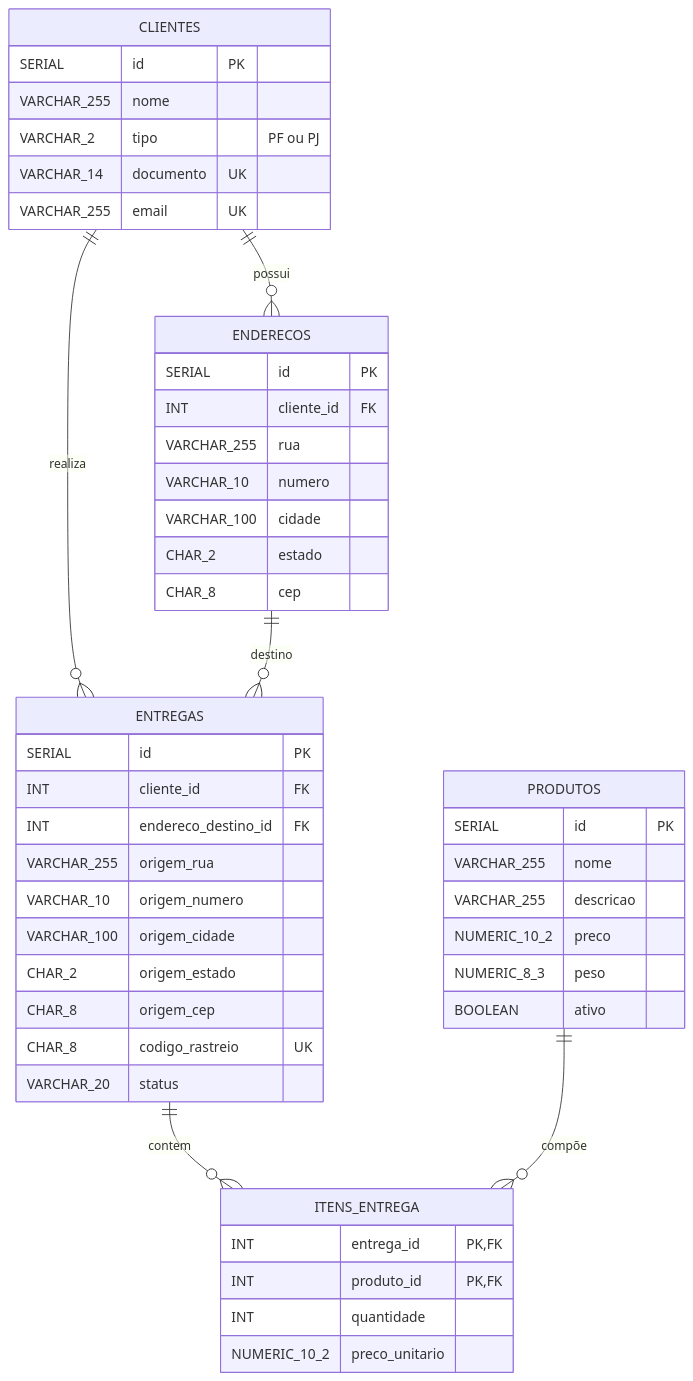
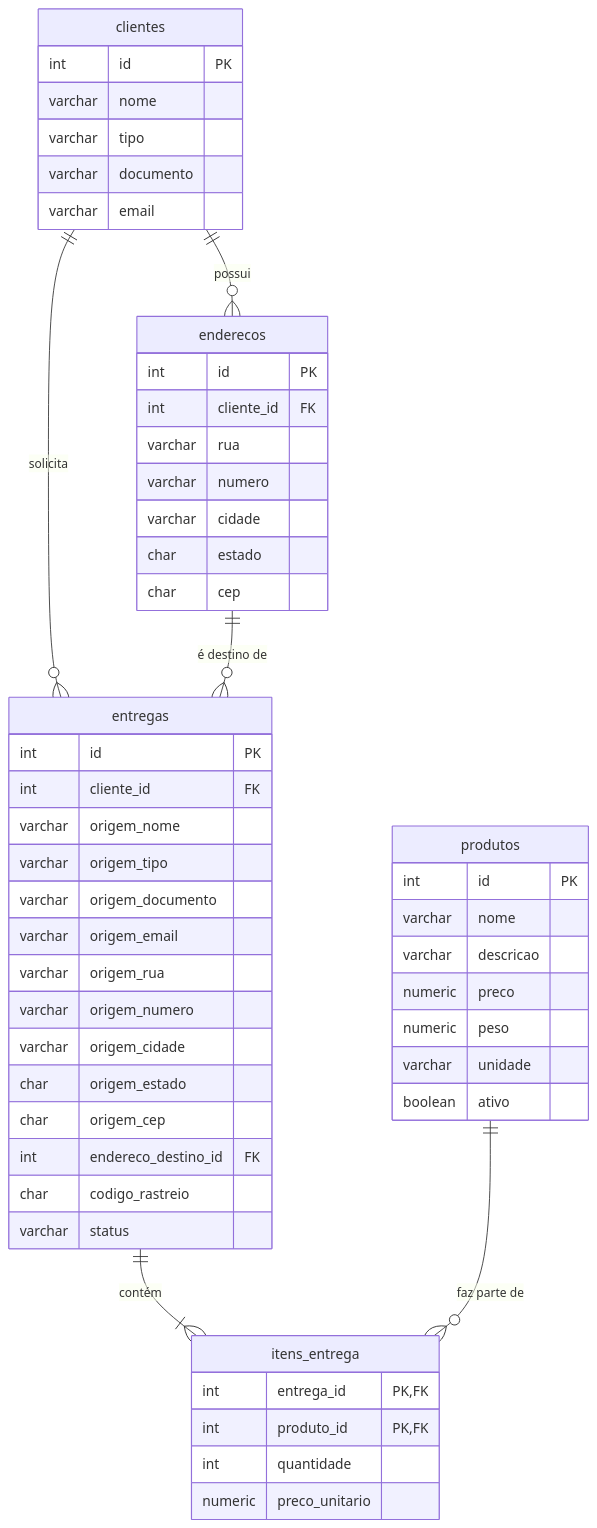
Before and after one commit to DneyDev/desafioJava_GW: the diagram in README.md, drawn with Mermaid. The commit also changed other lines of this file, not shown here.

Commit message:
fix: correção de MERMAID para schema atual

````diff
--- a/README.md
+++ b/README.md
@@ -92,56 +92,56 @@
 ```mermaid
 erDiagram
-
-    CLIENTES {
-        SERIAL id PK
-        VARCHAR_255 nome
-        VARCHAR_2 tipo "PF ou PJ"
-        VARCHAR_14 documento UK
-        VARCHAR_255 email UK
+    clientes {
+        int id PK
+        varchar nome
+        varchar tipo
+        varchar documento
+        varchar email
+    }
+    enderecos {
+        int id PK
+        int cliente_id FK
+        varchar rua
+        varchar numero
+        varchar cidade
+        char estado
+        char cep
+    }
+    produtos {
+        int id PK
+        varchar nome
+        varchar descricao
+        numeric preco
+        numeric peso
+        varchar unidade
+        boolean ativo
+    }
+    entregas {
+        int id PK
+        int cliente_id FK
+        varchar origem_nome
+        varchar origem_tipo
+        varchar origem_documento
+        varchar origem_email
+        varchar origem_rua
+        varchar origem_numero
+        varchar origem_cidade
+        char origem_estado
+        char origem_cep
+        int endereco_destino_id FK
+        char codigo_rastreio
+        varchar status
+    }
+    itens_entrega {
+        int entrega_id PK, FK
+        int produto_id PK, FK
+        int quantidade
+        numeric preco_unitario
     }
 
-    ENDERECOS {
-        SERIAL id PK
-        INT cliente_id FK
-        VARCHAR_255 rua
-        VARCHAR_10 numero
-        VARCHAR_100 cidade
-        CHAR_2 estado
-        CHAR_8 cep
-    }
-
-    PRODUTOS {
-        SERIAL id PK
-        VARCHAR_255 nome
-        VARCHAR_255 descricao
-        NUMERIC_10_2 preco
-        NUMERIC_8_3 peso
-        BOOLEAN ativo
-    }
-
-    ENTREGAS {
-        SERIAL id PK
-        INT cliente_id FK
-        INT endereco_destino_id FK
-        VARCHAR_255 origem_rua
-        VARCHAR_10 origem_numero
-        VARCHAR_100 origem_cidade
-        CHAR_2 origem_estado
-        CHAR_8 origem_cep
-        CHAR_8 codigo_rastreio UK
-        VARCHAR_20 status
-    }
-
-    ITENS_ENTREGA {
-        INT entrega_id PK, FK
-        INT produto_id PK, FK
-        INT quantidade
-        NUMERIC_10_2 preco_unitario
-    }
-
-    CLIENTES ||--o{ ENDERECOS : "possui"
-    CLIENTES ||--o{ ENTREGAS : "realiza"
-    ENDERECOS ||--o{ ENTREGAS : "destino"
-    ENTREGAS ||--o{ ITENS_ENTREGA : "contem"
-    PRODUTOS ||--o{ ITENS_ENTREGA : "compõe"
+    clientes ||--o{ enderecos : "possui"
+    clientes ||--o{ entregas : "solicita"
+    enderecos ||--o{ entregas : "é destino de"
+    entregas ||--|{ itens_entrega : "contém"
+    produtos ||--o{ itens_entrega : "faz parte de"
 ```
````
